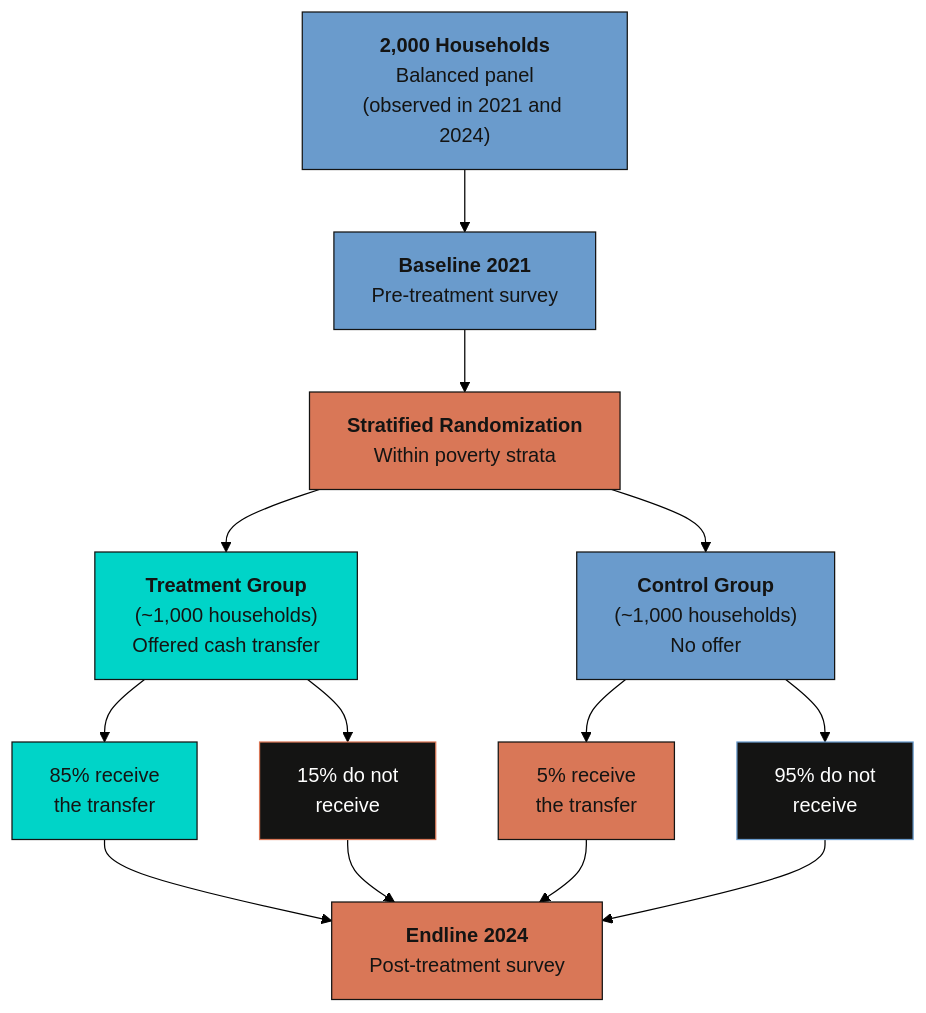
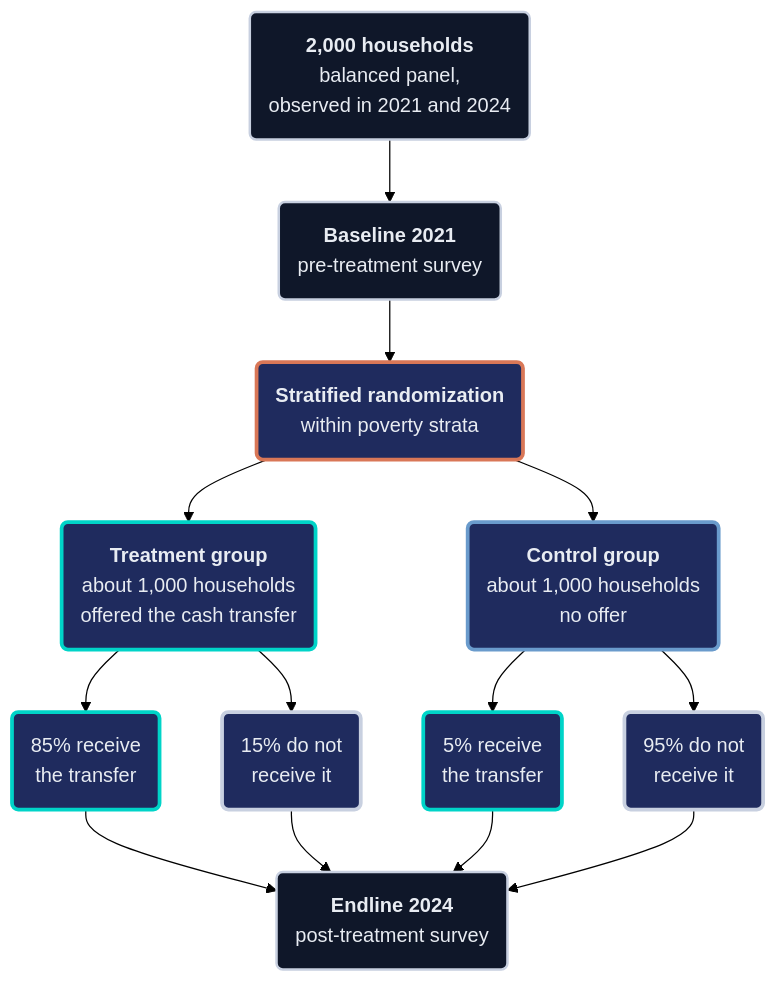
The first of 8 diagrams in content/post/stata_rct/index.md (cmg777/starter-academic-v501), drawn with Mermaid (forest theme) before and after one commit. The commit also changed other lines of this file and 2 other files, not shown here.

First line of the commit message:
content(mermaid): restyle flowcharts in stata_rct, python_dowhy, r_estimateW (pilot)

````diff
--- a/content/post/stata_rct/index.md
+++ b/content/post/stata_rct/index.md
@@ -242,37 +242,36 @@
 ```mermaid
 graph TD
-    POP["<b>2,000 Households</b><br/>Balanced panel<br/>(observed in 2021 and 2024)"]
-    STRAT["<b>Stratified Randomization</b><br/>Within poverty strata"]
-    TRT["<b>Treatment Group</b><br/>(~1,000 households)<br/>Offered cash transfer"]
-    CTL["<b>Control Group</b><br/>(~1,000 households)<br/>No offer"]
-    COMP1["85% receive<br/>the transfer"]
-    COMP2["15% do not<br/>receive"]
-    COMP3["5% receive<br/>the transfer"]
-    COMP4["95% do not<br/>receive"]
-    BASE["<b>Baseline 2021</b><br/>Pre-treatment survey"]
-    END["<b>Endline 2024</b><br/>Post-treatment survey"]
+    POP("<b>2,000 households</b><br/>balanced panel,<br/>observed in 2021 and 2024")
+    STRAT("<b>Stratified randomization</b><br/>within poverty strata")
+    TRT("<b>Treatment group</b><br/>about 1,000 households<br/>offered the cash transfer")
+    CTL("<b>Control group</b><br/>about 1,000 households<br/>no offer")
+    COMP1("85% receive<br/>the transfer")
+    COMP2("15% do not<br/>receive it")
+    COMP3("5% receive<br/>the transfer")
+    COMP4("95% do not<br/>receive it")
+    BASE("<b>Baseline 2021</b><br/>pre-treatment survey")
+    END("<b>Endline 2024</b><br/>post-treatment survey")
 
     POP --> BASE
     BASE --> STRAT
     STRAT --> TRT
     STRAT --> CTL
     TRT --> COMP1
     TRT --> COMP2
     CTL --> COMP3
     CTL --> COMP4
     COMP1 --> END
     COMP2 --> END
     COMP3 --> END
     COMP4 --> END
-
-    style POP fill:#6a9bcc,stroke:#141413,color:#141413
-    style STRAT fill:#d97757,stroke:#141413,color:#141413
-    style TRT fill:#00d4c8,stroke:#141413,color:#141413
-    style CTL fill:#6a9bcc,stroke:#141413,color:#141413
-    style BASE fill:#6a9bcc,stroke:#141413,color:#141413
-    style END fill:#d97757,stroke:#141413,color:#141413
-    style COMP1 fill:#00d4c8,stroke:#141413,color:#141413
-    style COMP2 fill:#141413,stroke:#d97757,color:#fff
-    style COMP3 fill:#d97757,stroke:#141413,color:#141413
-    style COMP4 fill:#141413,stroke:#6a9bcc,color:#fff
+    classDef anchor fill:#0f1729,stroke:#c8d0e0,stroke-width:2px,color:#e8ecf2
+    classDef orange fill:#1f2b5e,stroke:#d97757,stroke-width:3px,color:#e8ecf2
+    classDef teal fill:#1f2b5e,stroke:#00d4c8,stroke-width:3px,color:#e8ecf2
+    classDef blue fill:#1f2b5e,stroke:#6a9bcc,stroke-width:3px,color:#e8ecf2
+    classDef gray fill:#1f2b5e,stroke:#c8d0e0,stroke-width:3px,color:#e8ecf2
+    class POP,BASE,END anchor
+    class STRAT orange
+    class TRT,COMP1,COMP3 teal
+    class CTL blue
+    class COMP2,COMP4 gray
 ```
````
